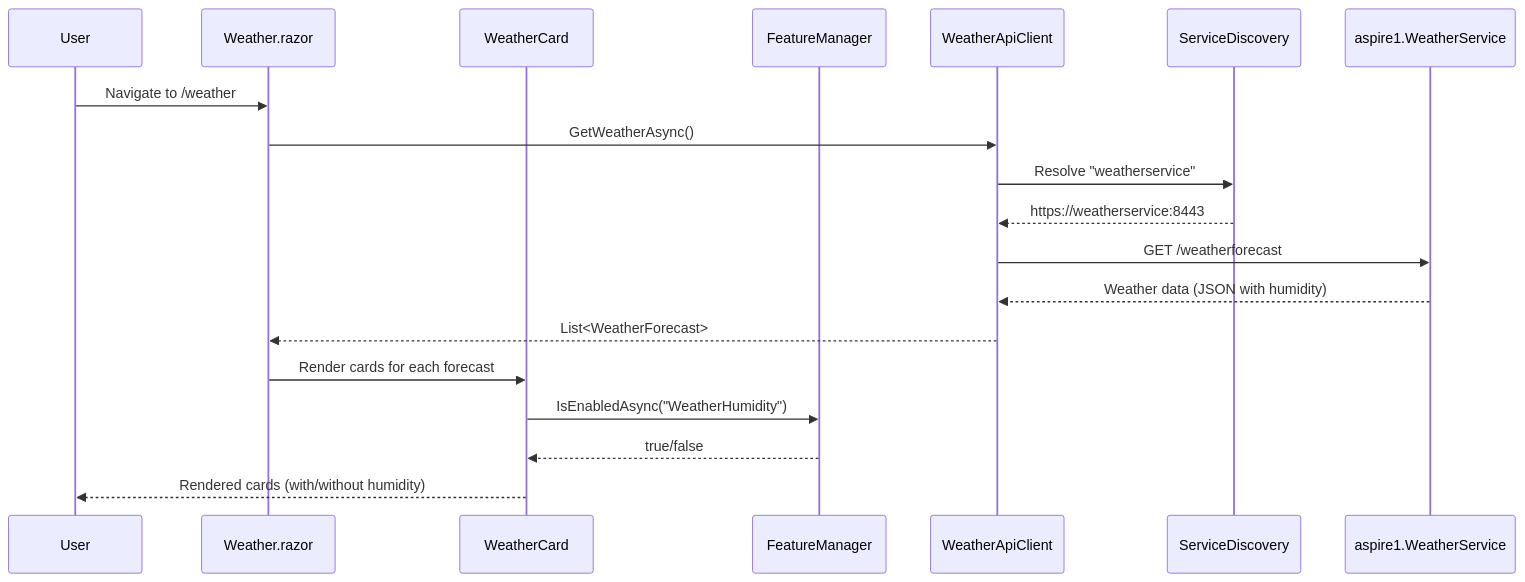
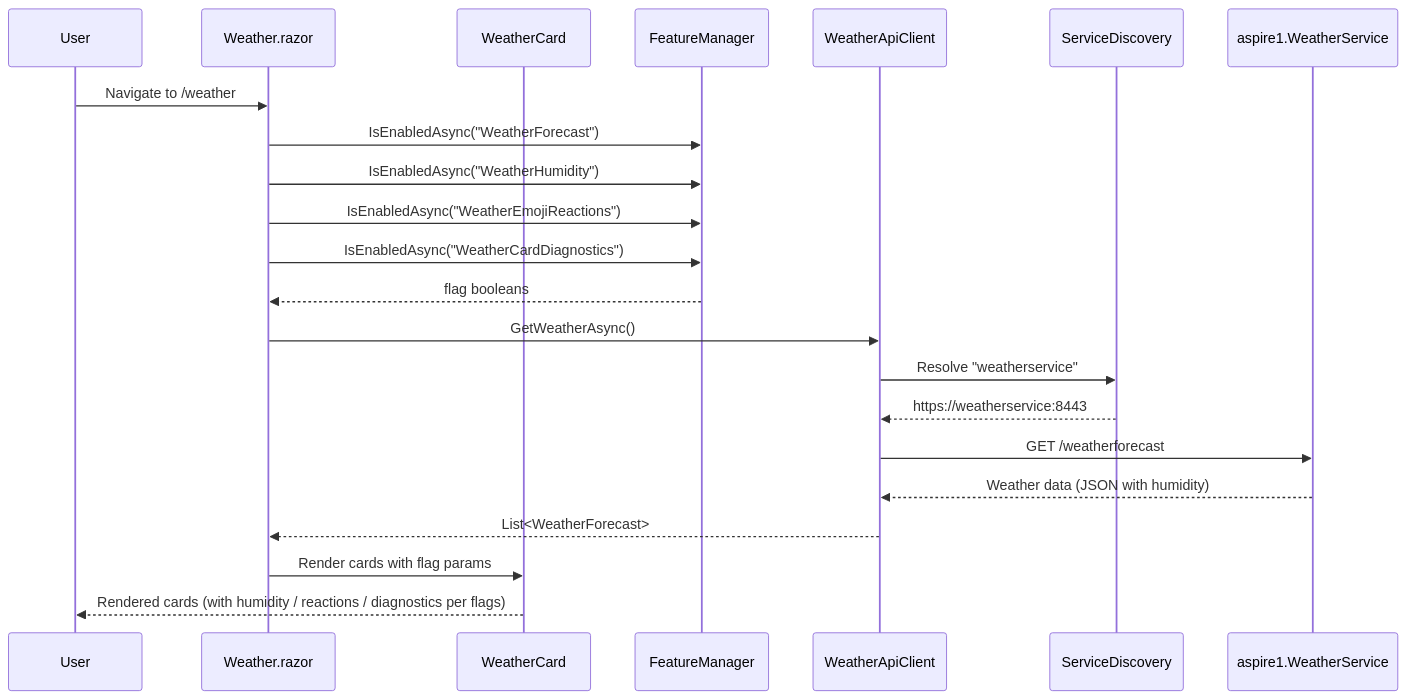
The second of 3 diagrams in aspire1.Web/ARCHITECTURE.md (MSBart2/aspire1), drawn with Mermaid before and after one commit. The commit also changed other lines of this file and 13 other files, not shown here.

First line of the commit message:
feat: Benchmark: Add feature-flagged weather card diagnostics panel (#35)

````diff
--- a/aspire1.Web/ARCHITECTURE.md
+++ b/aspire1.Web/ARCHITECTURE.md
@@ -171,22 +173,25 @@
 ```mermaid
 sequenceDiagram
     participant User
     participant Weather.razor
     participant WeatherCard
     participant FeatureManager
     participant WeatherApiClient
     participant ServiceDiscovery
     participant API as aspire1.WeatherService
 
     User->>Weather.razor: Navigate to /weather
+    Weather.razor->>FeatureManager: IsEnabledAsync("WeatherForecast")
+    Weather.razor->>FeatureManager: IsEnabledAsync("WeatherHumidity")
+    Weather.razor->>FeatureManager: IsEnabledAsync("WeatherEmojiReactions")
+    Weather.razor->>FeatureManager: IsEnabledAsync("WeatherCardDiagnostics")
+    FeatureManager-->>Weather.razor: flag booleans
     Weather.razor->>WeatherApiClient: GetWeatherAsync()
     WeatherApiClient->>ServiceDiscovery: Resolve "weatherservice"
     ServiceDiscovery-->>WeatherApiClient: https://weatherservice:8443
     WeatherApiClient->>API: GET /weatherforecast
     API-->>WeatherApiClient: Weather data (JSON with humidity)
     WeatherApiClient-->>Weather.razor: List<WeatherForecast>
-    Weather.razor->>WeatherCard: Render cards for each forecast
-    WeatherCard->>FeatureManager: IsEnabledAsync("WeatherHumidity")
-    FeatureManager-->>WeatherCard: true/false
-    WeatherCard-->>User: Rendered cards (with/without humidity)
+    Weather.razor->>WeatherCard: Render cards with flag params
+    WeatherCard-->>User: Rendered cards (with humidity / reactions / diagnostics per flags)
 ```
````
